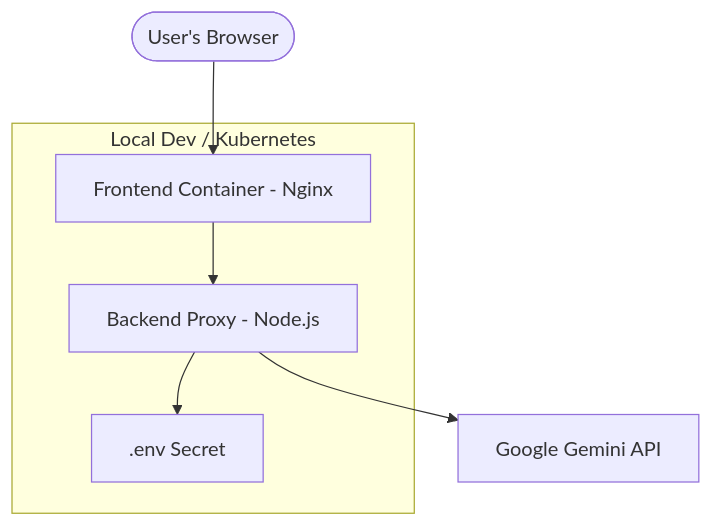
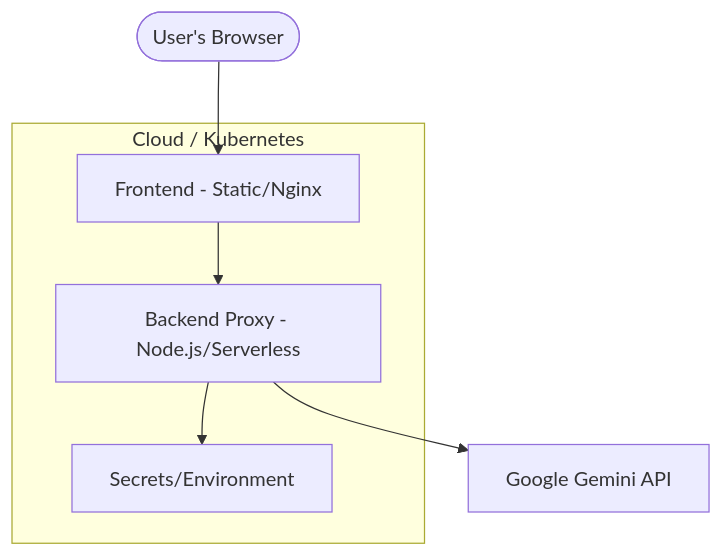
One commit to hamzax180/portfolio changed the first of 2 diagrams in README.md. Above: the diagram before and after it, drawn with Mermaid. The commit also changed other lines of this file and 2 other files, not shown here.

````diff
--- a/README.md
+++ b/README.md
@@ -16,17 +17,17 @@
 ```mermaid
 graph TD
     User([User's Browser])
     
-    subgraph "Local Dev / Kubernetes"
-        FE[Frontend Container - Nginx]
-        BE[Backend Proxy - Node.js]
-        ENV[.env Secret]
+    subgraph "Cloud / Kubernetes"
+        FE[Frontend - Static/Nginx]
+        BE[Backend Proxy - Node.js/Serverless]
+        ENV[Secrets/Environment]
     end
     
     Gemini[Google Gemini API]
     
     User --> FE
     FE --> BE
     BE --> ENV
     BE --> Gemini
 ```
````
